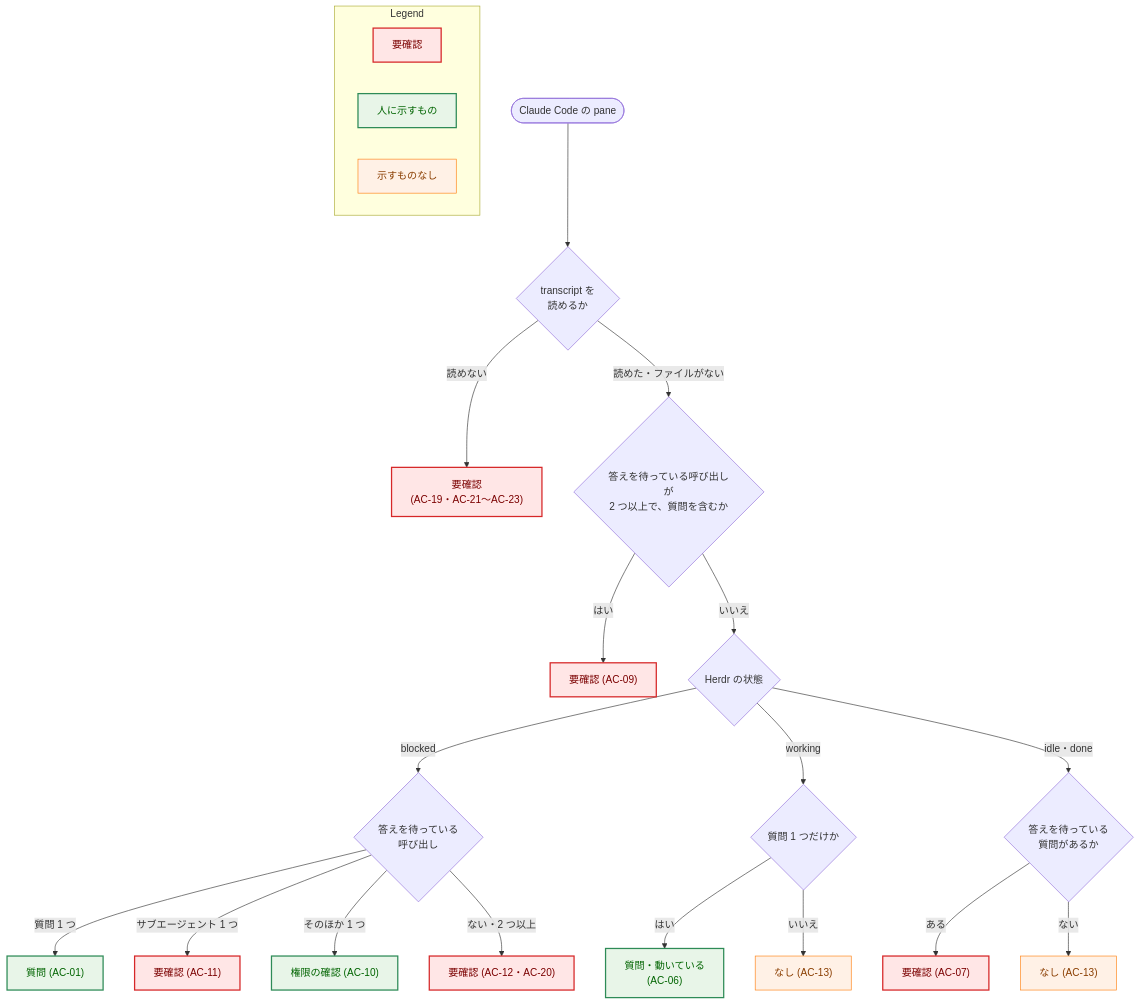
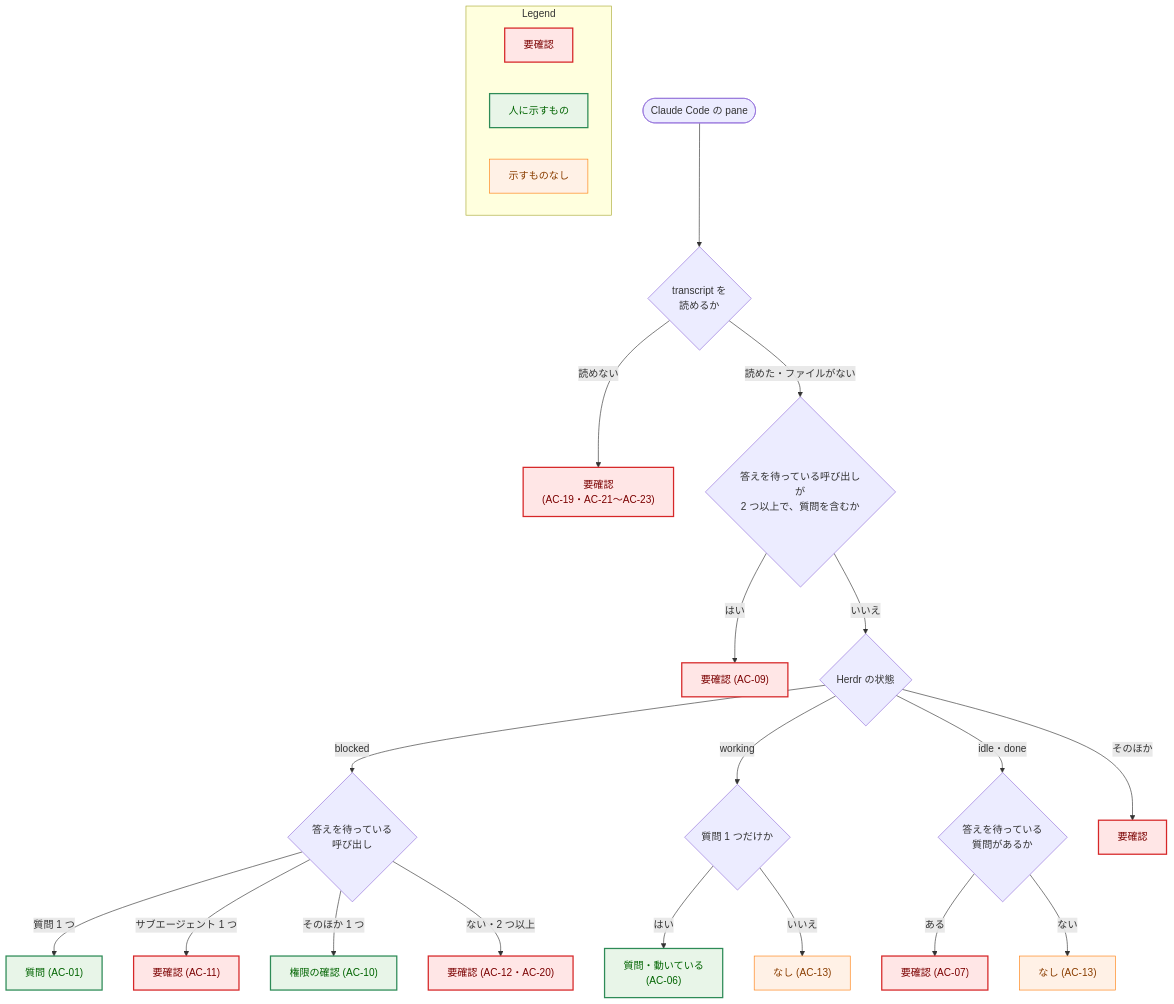
The sixth of 7 diagrams in docs/tasks/0096_chief_question_transcript/02_architecture.md (isseis/yt2column), drawn with Mermaid before and after one commit. The commit also changed other lines of this file, not shown here.

First line of the commit message:
docs(0096): address the targeted Fable review of the architecture

````diff
--- a/docs/tasks/0096_chief_question_transcript/02_architecture.md
+++ b/docs/tasks/0096_chief_question_transcript/02_architecture.md
@@ -722,36 +728,37 @@
 ```mermaid
 flowchart TD
     classDef process fill:#fff1e6,stroke:#ff7f0e,stroke-width:1px,color:#8a3e00;
     classDef problem fill:#ffe6e6,stroke:#d62728,stroke-width:2px,color:#7b0000;
     classDef enhanced fill:#e8f5e8,stroke:#2e8b57,stroke-width:2px,color:#006400;
 
     S(["Claude Code の pane"]) --> R{"transcript を<br>読めるか"}
     R -->|"読めない"| NC1["要確認<br>(AC-19・AC-21〜AC-23)"]
     R -->|"読めた・ファイルがない"| M{"答えを待っている呼び出しが<br>2 つ以上で、質問を含むか"}
     M -->|"はい"| NC2["要確認 (AC-09)"]
     M -->|"いいえ"| B{"Herdr の状態"}
     B -->|"blocked"| BB{"答えを待っている<br>呼び出し"}
     BB -->|"質問 1 つ"| Q1["質問 (AC-01)"]
     BB -->|"サブエージェント 1 つ"| NC3["要確認 (AC-11)"]
     BB -->|"そのほか 1 つ"| P1["権限の確認 (AC-10)"]
     BB -->|"ない・2 つ以上"| NC4["要確認 (AC-12・AC-20)"]
     B -->|"working"| W{"質問 1 つだけか"}
     W -->|"はい"| Q2["質問・動いている<br>(AC-06)"]
     W -->|"いいえ"| N1["なし (AC-13)"]
     B -->|"idle・done"| I{"答えを待っている<br>質問があるか"}
     I -->|"ある"| NC5["要確認 (AC-07)"]
     I -->|"ない"| N2["なし (AC-13)"]
+    B -->|"そのほか"| NC6["要確認"]
 
-    class NC1,NC2,NC3,NC4,NC5 problem
+    class NC1,NC2,NC3,NC4,NC5,NC6 problem
     class Q1,Q2,P1 enhanced
     class N1,N2 process
 
     subgraph Legend["Legend"]
         L1["要確認"]
         L2["人に示すもの"]
         L3["示すものなし"]
     end
     class L1 problem
     class L2 enhanced
     class L3 process
 ```
````
